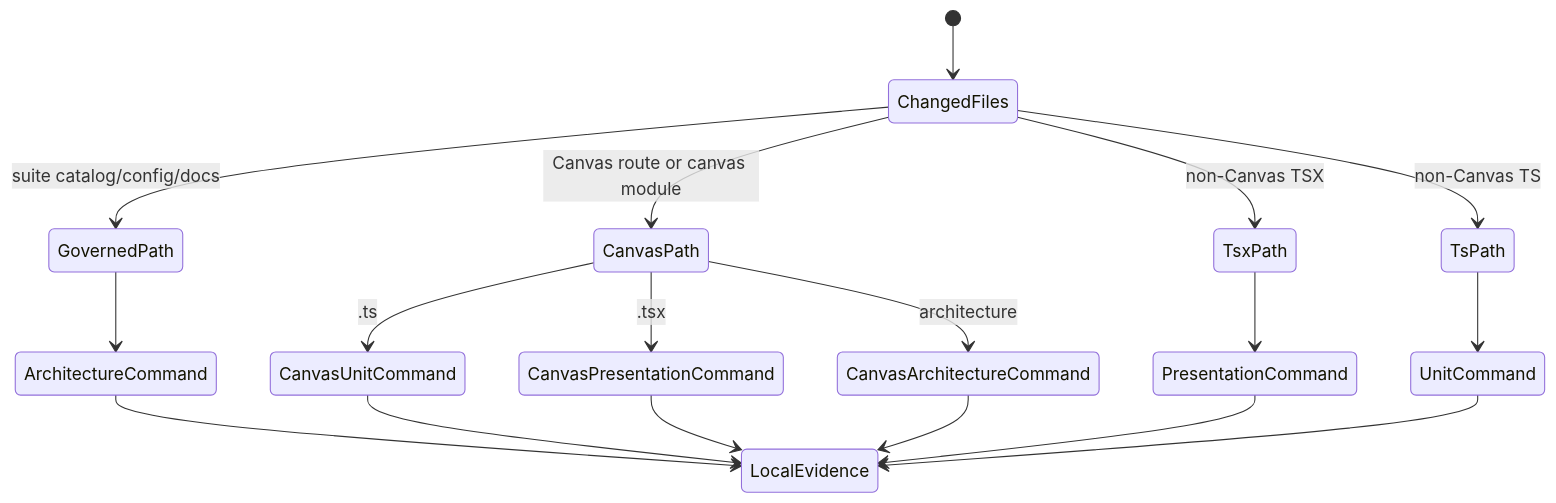
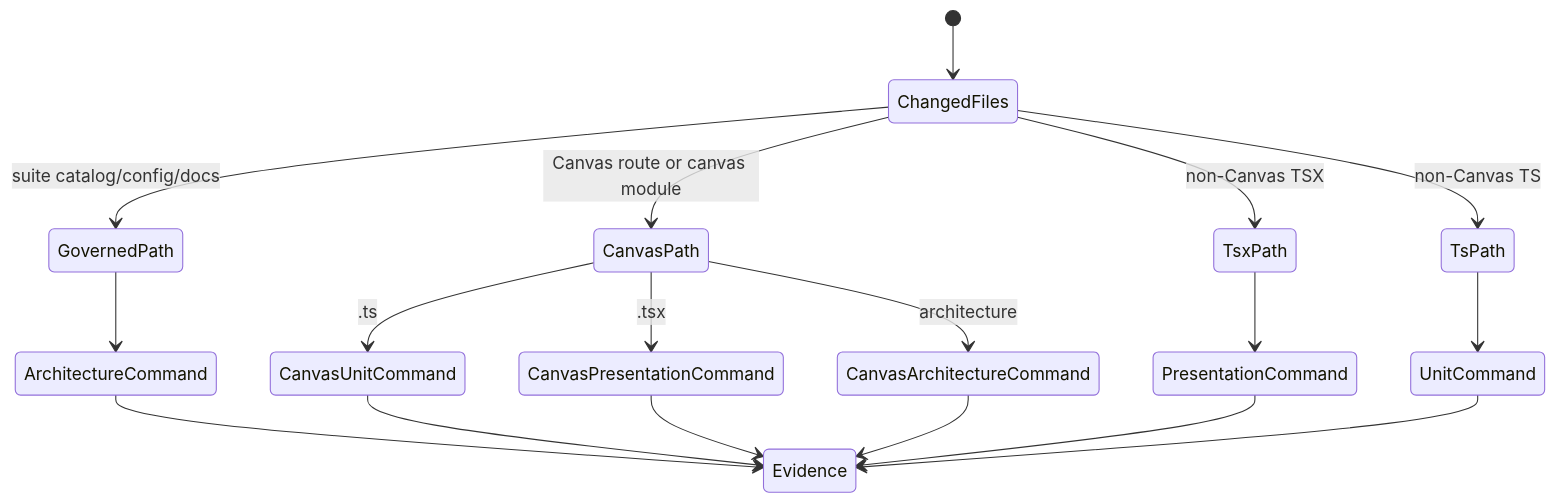
One commit to dunay2/dvt changed the first of 2 diagrams in docs/architecture/components/web/web-vitest-changed-suite-router-component.md. Above: the diagram before and after it, drawn with Mermaid. The commit also changed other lines of this file and 9 other files, not shown here.

````diff
--- a/docs/architecture/components/web/web-vitest-changed-suite-router-component.md
+++ b/docs/architecture/components/web/web-vitest-changed-suite-router-component.md
@@ -52,20 +56,20 @@
 ```mermaid
 stateDiagram-v2
   [*] --> ChangedFiles
   ChangedFiles --> GovernedPath: suite catalog/config/docs
   ChangedFiles --> CanvasPath: Canvas route or canvas module
   ChangedFiles --> TsxPath: non-Canvas TSX
   ChangedFiles --> TsPath: non-Canvas TS
   GovernedPath --> ArchitectureCommand
   CanvasPath --> CanvasUnitCommand: .ts
   CanvasPath --> CanvasPresentationCommand: .tsx
   CanvasPath --> CanvasArchitectureCommand: architecture
   TsxPath --> PresentationCommand
   TsPath --> UnitCommand
-  ArchitectureCommand --> LocalEvidence
-  CanvasUnitCommand --> LocalEvidence
-  CanvasPresentationCommand --> LocalEvidence
-  CanvasArchitectureCommand --> LocalEvidence
-  PresentationCommand --> LocalEvidence
-  UnitCommand --> LocalEvidence
+  ArchitectureCommand --> Evidence
+  CanvasUnitCommand --> Evidence
+  CanvasPresentationCommand --> Evidence
+  CanvasArchitectureCommand --> Evidence
+  PresentationCommand --> Evidence
+  UnitCommand --> Evidence
 ```
````
